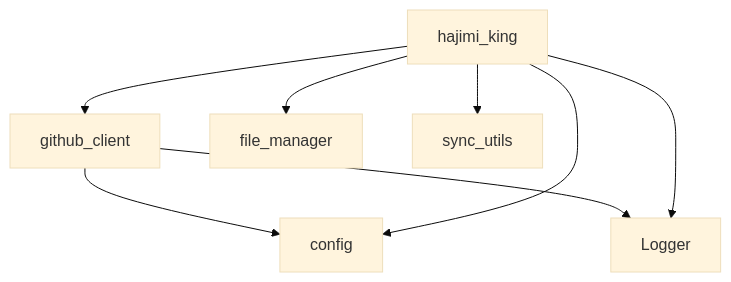
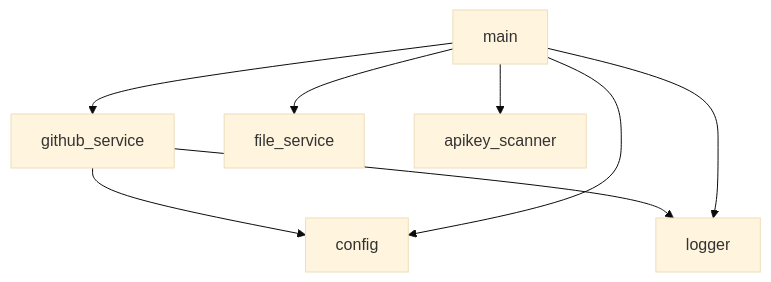
The fourth of 4 diagrams in .qoder/repowiki/zh/content/开发者指南/代码架构与模块设计/GitHub客户端模块.md (james-6-23/APIKEY-king), drawn with Mermaid (base theme) before and after one commit. The commit also changed other lines of this file and 49 other files, not shown here.

````diff
--- a/.qoder/repowiki/zh/content/开发者指南/代码架构与模块设计/GitHub客户端模块.md
+++ b/.qoder/repowiki/zh/content/开发者指南/代码架构与模块设计/GitHub客户端模块.md
@@ -228,10 +235,10 @@
 ```mermaid
 graph TD
-github_client --> config
-github_client --> Logger
-hajimi_king --> github_client
-hajimi_king --> file_manager
-hajimi_king --> sync_utils
-hajimi_king --> config
-hajimi_king --> Logger
+github_service --> config
+github_service --> logger
+main --> github_service
+main --> file_service
+main --> apikey_scanner
+main --> config
+main --> logger
 ```
````
